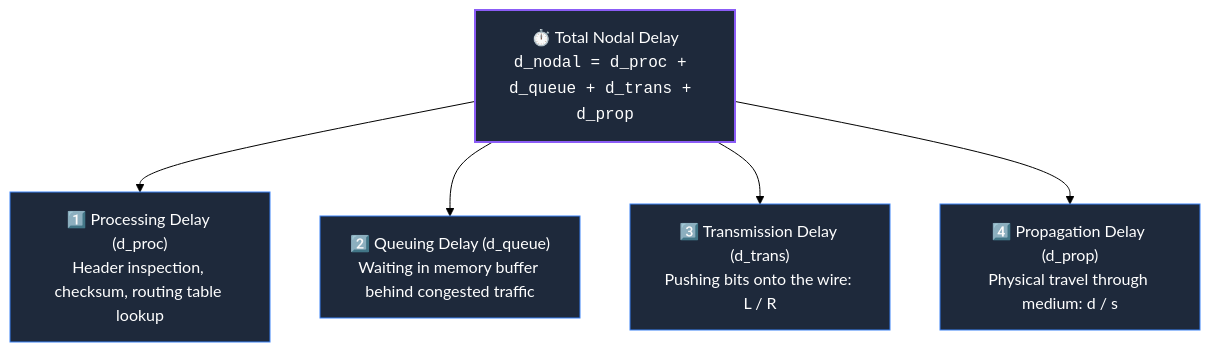
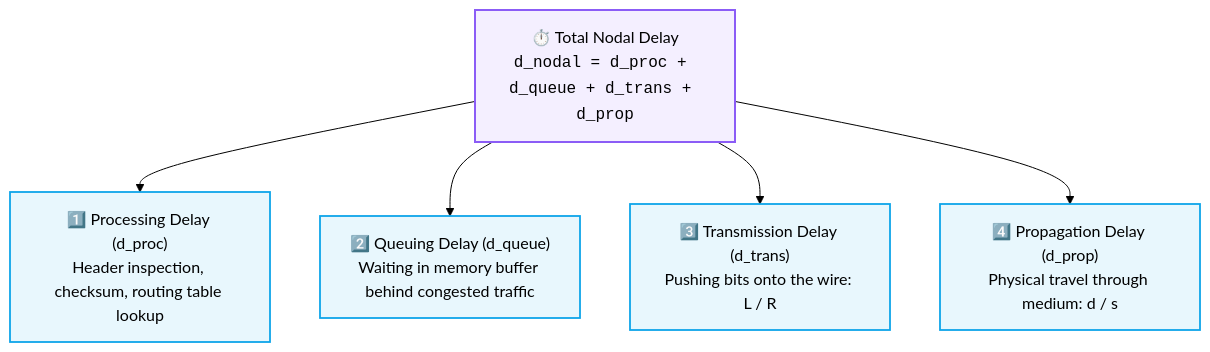
One commit to abhinavbharti2345/CS_Notes changed the second of 4 diagrams in Computer Networking/Network Performance - Delay, Latency, Throughput.md. Above: the diagram before and after it, drawn with Mermaid (forest theme). The commit also changed other lines of this file and 47 other files, not shown here.

Commit message:
docs: add computer science study notes and generate graphify visualization output

````diff
--- a/Computer Networking/Network Performance - Delay, Latency, Throughput.md
+++ b/Computer Networking/Network Performance - Delay, Latency, Throughput.md
@@ -57,14 +57,14 @@
 ```mermaid
 flowchart TD
     Total["⏱️ Total Nodal Delay<br/><code>d_nodal = d_proc + d_queue + d_trans + d_prop</code>"]
     
     Total --> P1["1️⃣ Processing Delay (d_proc)<br/>Header inspection, checksum, routing table lookup"]
     Total --> P2["2️⃣ Queuing Delay (d_queue)<br/>Waiting in memory buffer behind congested traffic"]
     Total --> P3["3️⃣ Transmission Delay (d_trans)<br/>Pushing bits onto the wire: L / R"]
     Total --> P4["4️⃣ Propagation Delay (d_prop)<br/>Physical travel through medium: d / s"]
 
-    classDef nodal fill:#1e293b,stroke:#8b5cf6,stroke-width:2px,color:#fff;
-    classDef comp fill:#1e293b,stroke:#3b82f6,stroke-width:1px,color:#fff;
+    classDef nodal fill:#8b5cf618,stroke:#8b5cf6,stroke-width:2px;
+    classDef comp fill:#0ea5e918,stroke:#0ea5e9,stroke-width:1.8px;
     class Total nodal;
     class P1,P2,P3,P4 comp;
 ```
````
